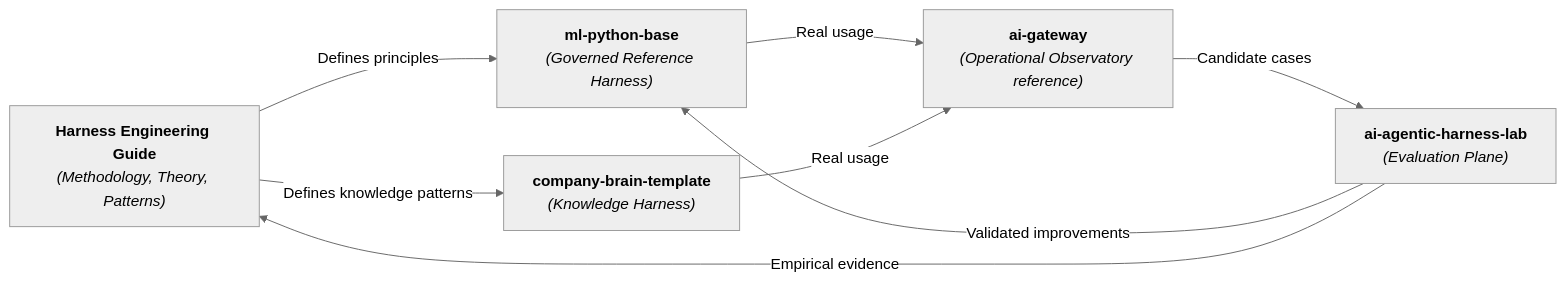
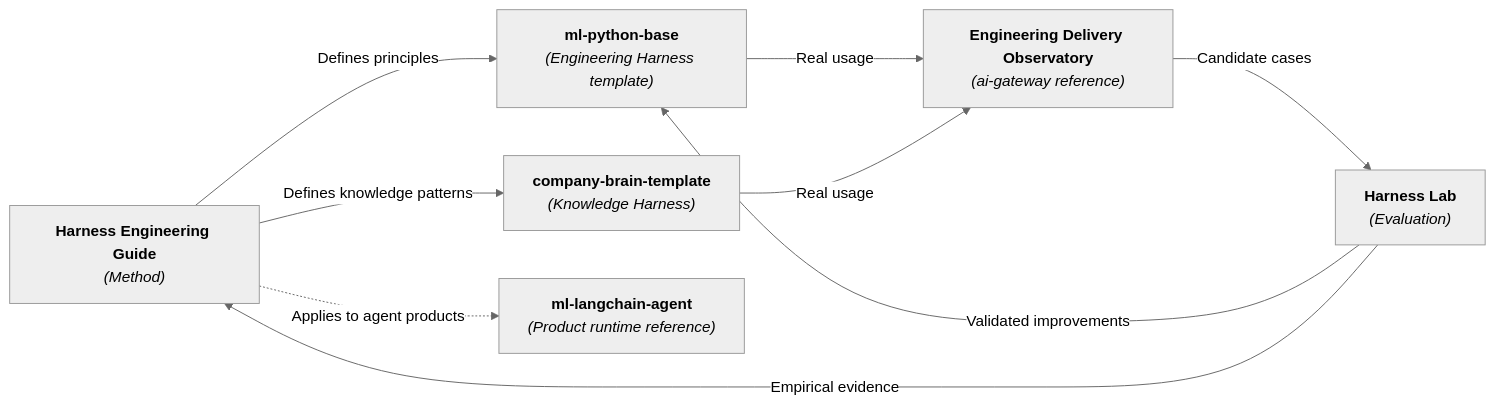
One commit to marcosdh1987/harness-engineering-guide changed the second of 2 diagrams in README.md. Above: the diagram before and after it, drawn with Mermaid (neutral theme). The commit also changed other lines of this file and 25 other files, not shown here.

````diff
--- a/README.md
+++ b/README.md
@@ -42,16 +42,18 @@
 ```mermaid
 flowchart LR
-    GUIDE["<b>Harness Engineering Guide</b><br/><i>(Methodology, Theory, Patterns)</i>"]
-    MPB["<b>ml-python-base</b><br/><i>(Governed Reference Harness)</i>"]
+    GUIDE["<b>Harness Engineering Guide</b><br/><i>(Method)</i>"]
+    MPB["<b>ml-python-base</b><br/><i>(Engineering Harness template)</i>"]
     BRAIN["<b>company-brain-template</b><br/><i>(Knowledge Harness)</i>"]
-    OBS["<b>ai-gateway</b><br/><i>(Operational Observatory reference)</i>"]
-    LAB["<b>ai-agentic-harness-lab</b><br/><i>(Evaluation Plane)</i>"]
+    OBS["<b>Engineering Delivery Observatory</b><br/><i>(ai-gateway reference)</i>"]
+    LAB["<b>Harness Lab</b><br/><i>(Evaluation)</i>"]
+    RT["<b>ml-langchain-agent</b><br/><i>(Product runtime reference)</i>"]
 
     GUIDE -->|"Defines principles"| MPB
     GUIDE -->|"Defines knowledge patterns"| BRAIN
+    GUIDE -.->|"Applies to agent products"| RT
     MPB -->|"Real usage"| OBS
     BRAIN -->|"Real usage"| OBS
     OBS -->|"Candidate cases"| LAB
     LAB -->|"Validated improvements"| MPB
     LAB -->|"Empirical evidence"| GUIDE
 ```
````
